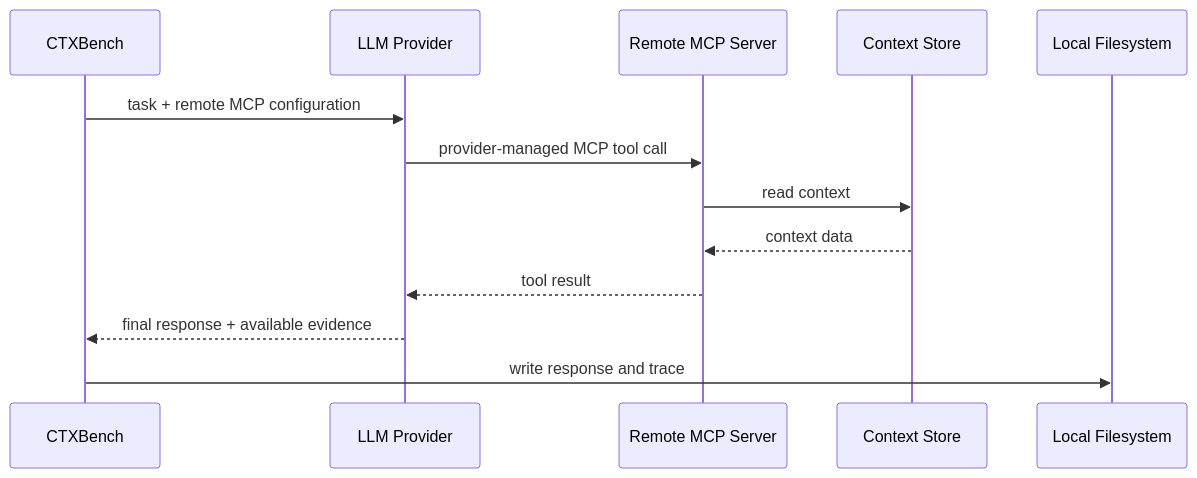
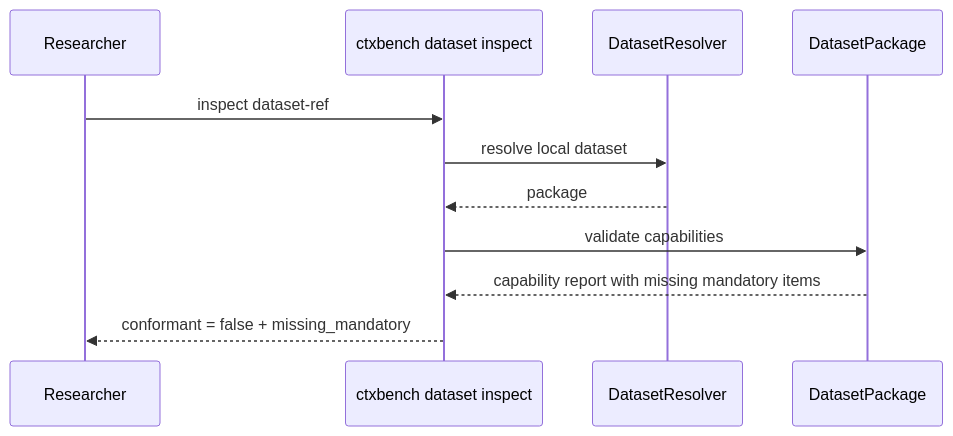
Before and after one commit to ctxbench/ctxbench-cli: the second of 4 diagrams in docs/architecture/dynamic.md, drawn with Mermaid. The commit also changed other lines of this file and 11 other files, not shown here.

````diff
--- a/docs/architecture/dynamic.md
+++ b/docs/architecture/dynamic.md
@@ -69,16 +33,14 @@
 ```mermaid
 sequenceDiagram
-    participant B as CTXBench
-    participant L as LLM Provider
-    participant S as Remote MCP Server
-    participant D as Context Store
-    participant F as Local Filesystem
+    participant U as Researcher
+    participant I as ctxbench dataset inspect
+    participant R as DatasetResolver
+    participant P as DatasetPackage
 
-    B->>L: task + remote MCP configuration
-    L->>S: provider-managed MCP tool call
-    S->>D: read context
-    D-->>S: context data
-    S-->>L: tool result
-    L-->>B: final response + available evidence
-    B->>F: write response and trace
+    U->>I: inspect dataset-ref
+    I->>R: resolve local dataset
+    R-->>I: package
+    I->>P: validate capabilities
+    P-->>I: capability report with missing mandatory items
+    I-->>U: conformant = false + missing_mandatory
 ```
````
